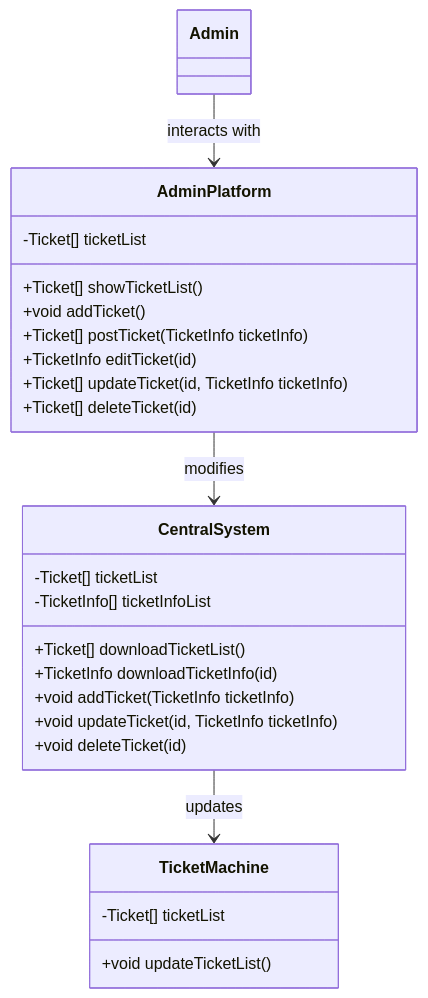
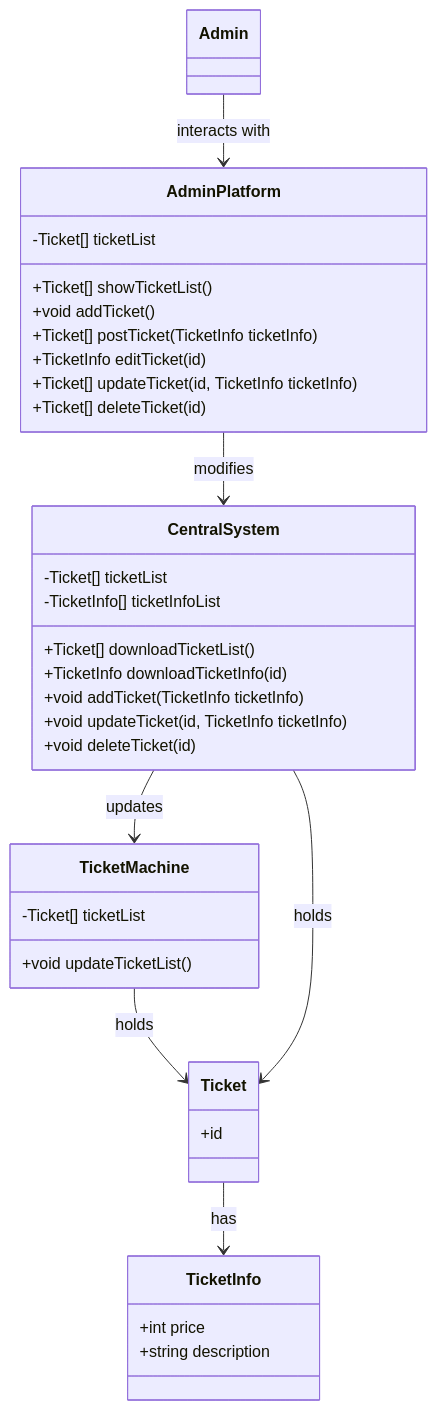
One commit to lzajka/MWO-L4 changed the fifth of 5 diagrams in Historie dla administratora systemu.md. Above: the diagram before and after it, drawn with Mermaid.

Commit message:
add ticket and ticketinfo class

````diff
--- a/Historie dla administratora systemu.md
+++ b/Historie dla administratora systemu.md
@@ -87,34 +87,46 @@
 ```mermaid
 classDiagram
 	class Admin {
 	}
 	
 	class AdminPlatform {
 		-Ticket[] ticketList
 		+Ticket[] showTicketList()
 		+void addTicket()
 		+Ticket[] postTicket(TicketInfo ticketInfo)
 		+TicketInfo editTicket(id)
 		+Ticket[] updateTicket(id, TicketInfo ticketInfo)
 		+Ticket[] deleteTicket(id)
 	}
 	
 	class CentralSystem {
 		-Ticket[] ticketList
 		-TicketInfo[] ticketInfoList
 		+Ticket[] downloadTicketList()
 		+TicketInfo downloadTicketInfo(id)
 		+void addTicket(TicketInfo ticketInfo)
 		+void updateTicket(id, TicketInfo ticketInfo)
 		+void deleteTicket(id)
 	}
 	
 	class TicketMachine {
 		-Ticket[] ticketList
 		+void updateTicketList()
 	}
+	
+	class Ticket {
+		+id
+	}
+	
+	class TicketInfo {
+		+int price
+		+string description
+	}
 
 	Admin --> AdminPlatform : interacts with
 	AdminPlatform --> CentralSystem : modifies
 	CentralSystem --> TicketMachine : updates
+	Ticket --> TicketInfo : has
+	TicketMachine --> Ticket : holds
+	CentralSystem --> Ticket : holds
 ```
````
